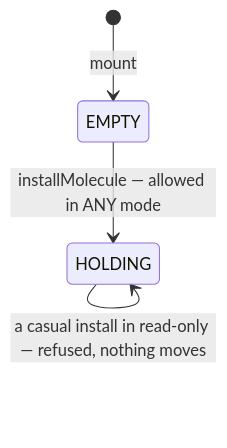
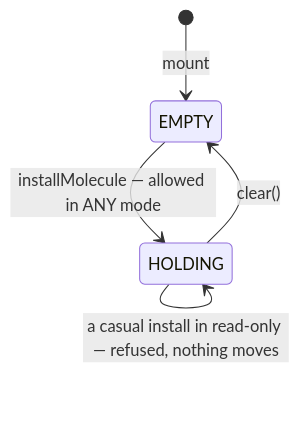
Before and after one commit to Qing-LAB/molbuilder: the ninth of 10 diagrams in docs/web/molview.md, drawn with Mermaid. The commit also changed other lines of this file and 71 other files, not shown here.

````diff
--- a/docs/web/molview.md
+++ b/docs/web/molview.md
@@ -3664,7 +3572,8 @@
 ```mermaid
 stateDiagram-v2
     [*] --> EMPTY: mount
     EMPTY --> HOLDING: installMolecule — allowed in ANY mode
     HOLDING --> HOLDING: installMolecule (editable) · installMolecule({enforce}) (read-only)
     HOLDING --> HOLDING: a casual install in read-only — refused, nothing moves
+    HOLDING --> EMPTY: clear()
 ```
````
